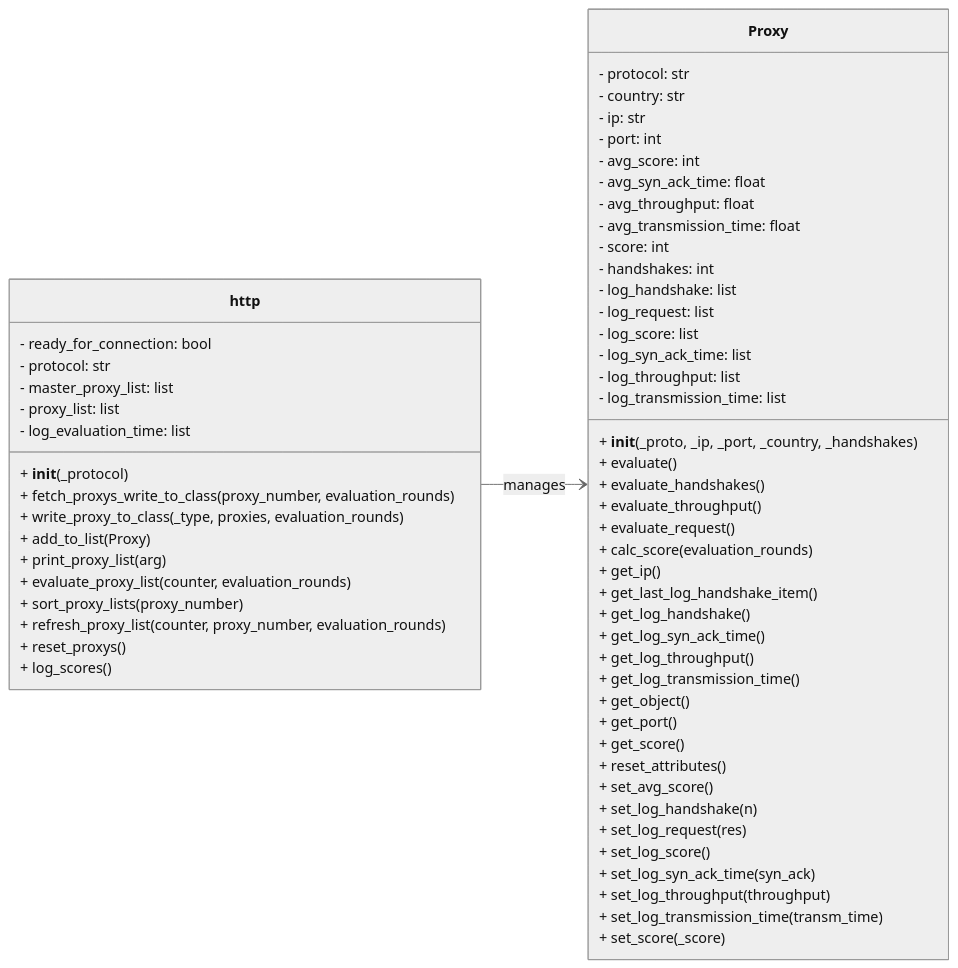
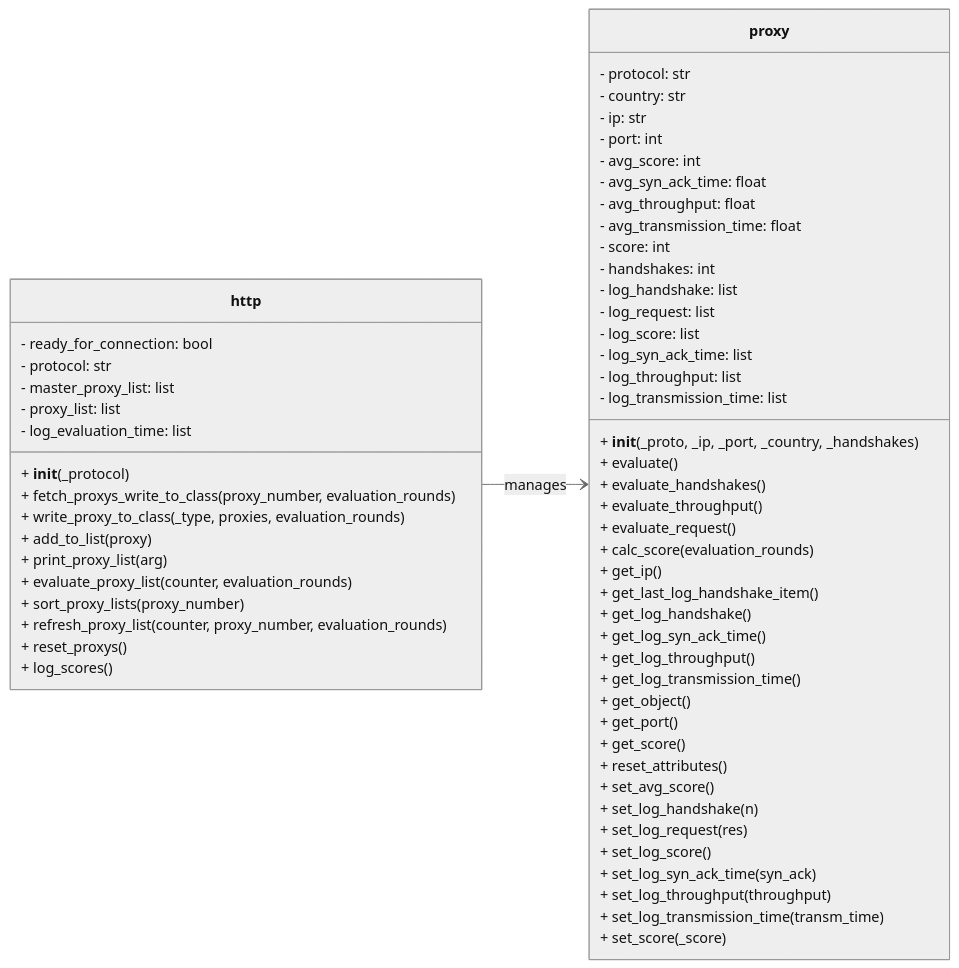
Before and after one commit to quintuscodes/Proxy-Reliability-using-Proxybroker2: the first of 2 diagrams in README.md, drawn with Mermaid. The commit also changed other lines of this file, not shown here.

````diff
--- a/README.md
+++ b/README.md
@@ -14,67 +14,67 @@
 ```mermaid 
 %%{init: {'theme':'neutral'}}%%
 classDiagram
   direction LR
   class http {
     - ready_for_connection: bool
     - protocol: str
     - master_proxy_list: list
     - proxy_list: list
     - log_evaluation_time: list
     + __init__(_protocol)
     + fetch_proxys_write_to_class(proxy_number, evaluation_rounds)
     + write_proxy_to_class(_type, proxies, evaluation_rounds)
-    + add_to_list(Proxy)
+    + add_to_list(proxy)
     + print_proxy_list(arg)
     + evaluate_proxy_list(counter, evaluation_rounds)
     + sort_proxy_lists(proxy_number)
     + refresh_proxy_list(counter, proxy_number, evaluation_rounds)
     + reset_proxys()
     + log_scores()
   }
 
-  class Proxy {
+  class proxy {
     - protocol: str
     - country: str
     - ip: str
     - port: int
     - avg_score: int
     - avg_syn_ack_time: float
     - avg_throughput: float
     - avg_transmission_time: float
     - score: int
     - handshakes: int
     - log_handshake: list
     - log_request: list
     - log_score: list
     - log_syn_ack_time: list
     - log_throughput: list
     - log_transmission_time: list
     + __init__(_proto, _ip, _port, _country, _handshakes)
     + evaluate()
     + evaluate_handshakes()
     + evaluate_throughput()
     + evaluate_request()
     + calc_score(evaluation_rounds)
     + get_ip()
     + get_last_log_handshake_item()
     + get_log_handshake()
     + get_log_syn_ack_time()
     + get_log_throughput()
     + get_log_transmission_time()
     + get_object()
     + get_port()
     + get_score()
     + reset_attributes()
     + set_avg_score()
     + set_log_handshake(n)
     + set_log_request(res)
     + set_log_score()
     + set_log_syn_ack_time(syn_ack)
     + set_log_throughput(throughput)
     + set_log_transmission_time(transm_time)
     + set_score(_score)
   }
 
-  http --> Proxy : manages
+  http --> proxy : manages
 ```
````
